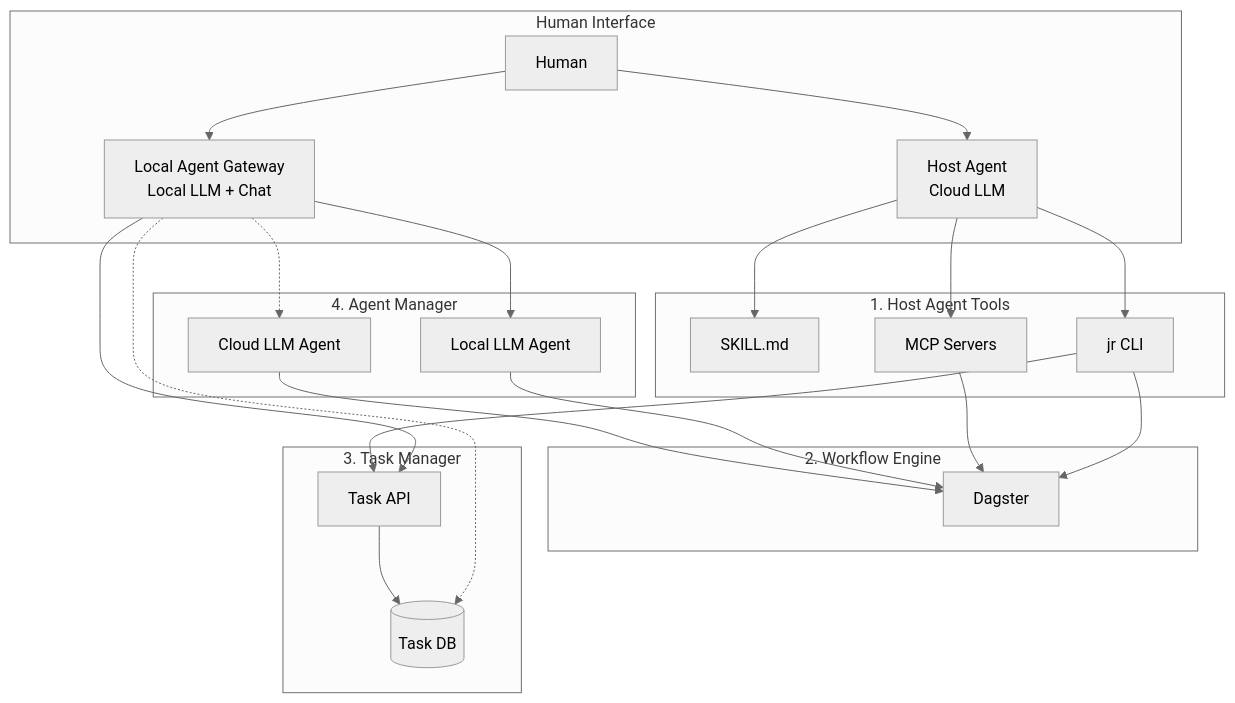
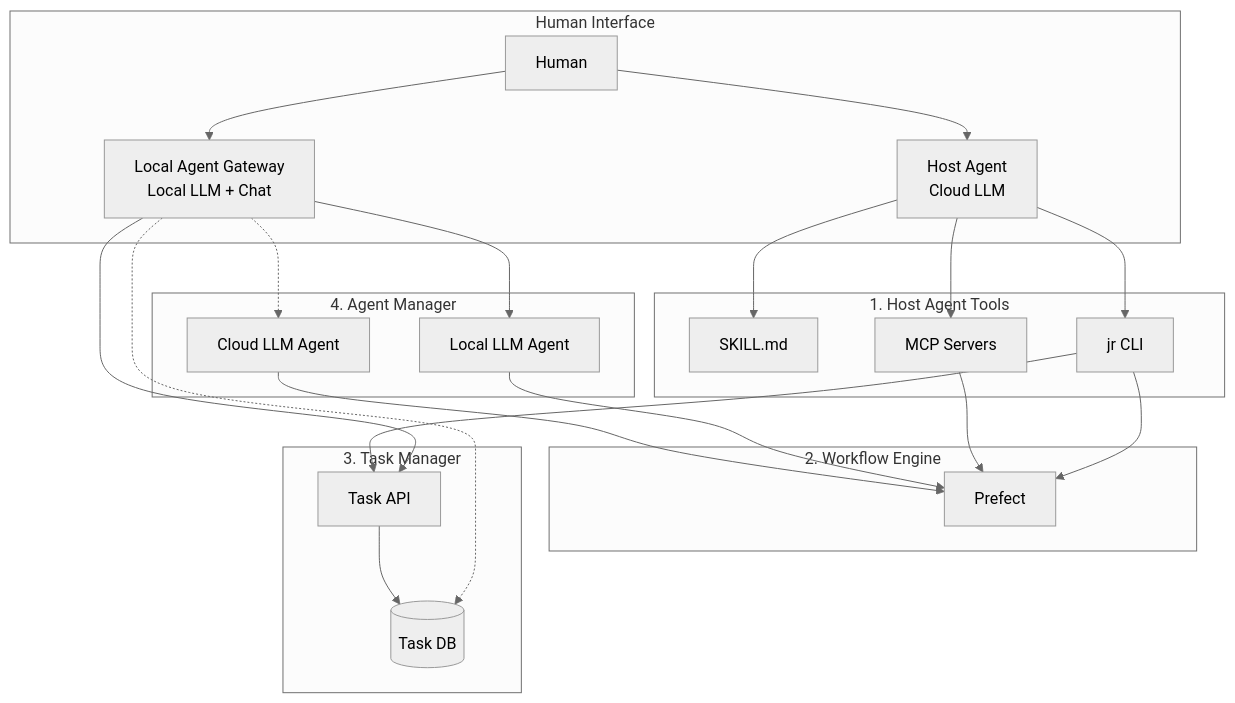
One commit to mjkimR/jobrunner changed the diagram in docs/specification/MODULES.md. Above: the diagram before and after it, drawn with Mermaid (neutral theme). The commit also changed other lines of this file and 18 other files, not shown here.

Commit message:
feat: Initialize project with Docker setup, comprehensive database schema, and foundational modules for agents and tasks.

````diff
--- a/docs/specification/MODULES.md
+++ b/docs/specification/MODULES.md
@@ -272,49 +272,49 @@
 ```mermaid
 graph TB
     subgraph Human Interface
         User[Human]
         HostAgent[Host Agent<br/>Cloud LLM]
         Gateway[Local Agent Gateway<br/>Local LLM + Chat]
     end
     
     subgraph "1. Host Agent Tools"
         Skill[SKILL.md]
         CLI[jr CLI]
         MCP[MCP Servers]
     end
     
     subgraph "2. Workflow Engine"
-        Dagster[Dagster]
+        Prefect[Prefect]
     end
     
     subgraph "3. Task Manager"
         TaskDB[(Task DB)]
         TaskAPI[Task API]
     end
     
     subgraph "4. Agent Manager"
         LocalAgent[Local LLM Agent]
         CloudAgent[Cloud LLM Agent]
     end
     
     User --> HostAgent
     User --> Gateway
     
     HostAgent --> Skill
     HostAgent --> CLI
     HostAgent --> MCP
     
     Gateway --> TaskAPI
     Gateway --> LocalAgent
     Gateway -.-> CloudAgent
     Gateway -.-> TaskDB
     
     CLI --> TaskAPI
-    CLI --> Dagster
-    MCP --> Dagster
+    CLI --> Prefect
+    MCP --> Prefect
     
     TaskAPI --> TaskDB
     
-    LocalAgent --> Dagster
-    CloudAgent --> Dagster
+    LocalAgent --> Prefect
+    CloudAgent --> Prefect
 ```
````
